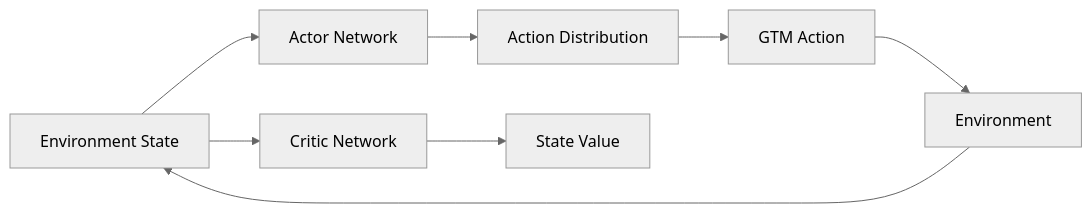
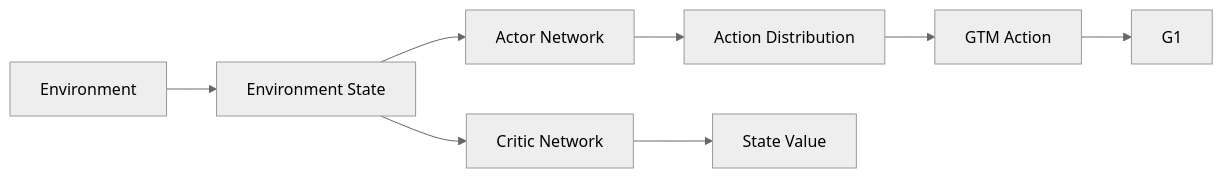
One commit to start-again-06/GTM-Business-Strategy changed the eighth of 13 diagrams in README.md. Above: the diagram before and after it, drawn with Mermaid (neutral theme). The commit also changed other lines of this file, not shown here.

First line of the commit message:
Fix diagram and LaTeX formatting in README

````diff
--- a/README.md
+++ b/README.md
@@ -584,25 +584,25 @@
 ```mermaid
 flowchart LR
 
     A["Environment State"]
 
     B["Actor Network"]
     C["Critic Network"]
 
     D["Action Distribution"]
     E["State Value"]
 
     F["GTM Action"]
     G["Environment"]
 
     A --> B
     A --> C
 
     B --> D
     C --> E
 
     D --> F
-    F --> G
+    F --> G1
 
     G --> A
 ```
````
